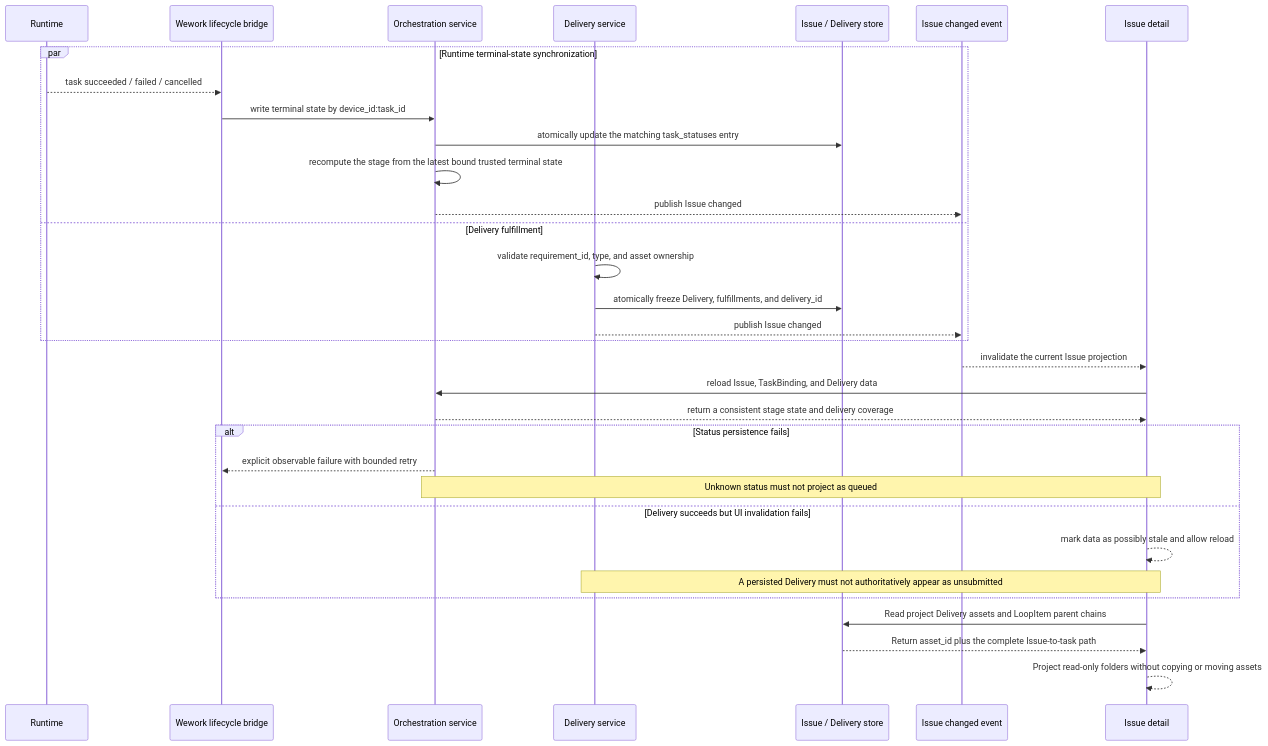
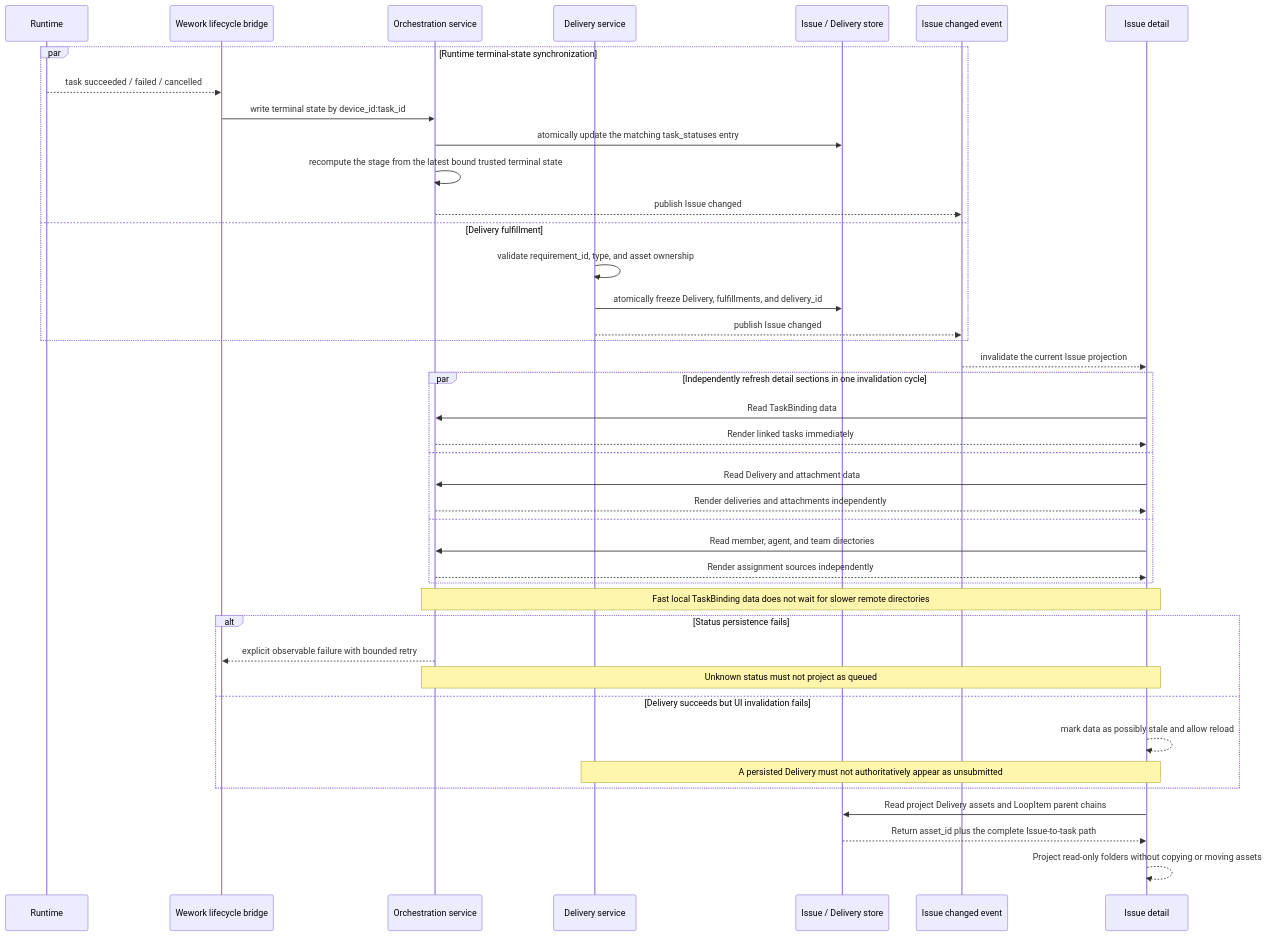
The second of 2 diagrams in docs/architecture/issue-runtime-delivery-projection.md (wecode-ai/wegent-docs), drawn with Mermaid before and after one commit. The commit also changed other lines of this file and 1 other file, not shown here.

````diff
--- a/docs/architecture/issue-runtime-delivery-projection.md
+++ b/docs/architecture/issue-runtime-delivery-projection.md
@@ -38,37 +41,46 @@
 ```mermaid
 sequenceDiagram
     participant R as Runtime
     participant W as Wework lifecycle bridge
     participant O as Orchestration service
     participant D as Delivery service
     participant DB as Issue / Delivery store
     participant E as Issue changed event
     participant U as Issue detail
 
     par Runtime terminal-state synchronization
         R-->>W: task succeeded / failed / cancelled
         W->>O: write terminal state by device_id:task_id
         O->>DB: atomically update the matching task_statuses entry
         O->>O: recompute the stage from the latest bound trusted terminal state
         O-->>E: publish Issue changed
     and Delivery fulfillment
         D->>D: validate requirement_id, type, and asset ownership
         D->>DB: atomically freeze Delivery, fulfillments, and delivery_id
         D-->>E: publish Issue changed
     end
     E-->>U: invalidate the current Issue projection
-    U->>O: reload Issue, TaskBinding, and Delivery data
-    O-->>U: return a consistent stage state and delivery coverage
+    par Independently refresh detail sections in one invalidation cycle
+        U->>O: Read TaskBinding data
+        O-->>U: Render linked tasks immediately
+    and
+        U->>O: Read Delivery and attachment data
+        O-->>U: Render deliveries and attachments independently
+    and
+        U->>O: Read member, agent, and team directories
+        O-->>U: Render assignment sources independently
+    end
+    Note over O,U: Fast local TaskBinding data does not wait for slower remote directories
 
     alt Status persistence fails
         O-->>W: explicit observable failure with bounded retry
         Note over O,U: Unknown status must not project as queued
     else Delivery succeeds but UI invalidation fails
         U-->>U: mark data as possibly stale and allow reload
         Note over D,U: A persisted Delivery must not authoritatively appear as unsubmitted
     end
 
     U->>DB: Read project Delivery assets and LoopItem parent chains
     DB-->>U: Return asset_id plus the complete Issue-to-task path
     U-->>U: Project read-only folders without copying or moving assets
 ```
````
